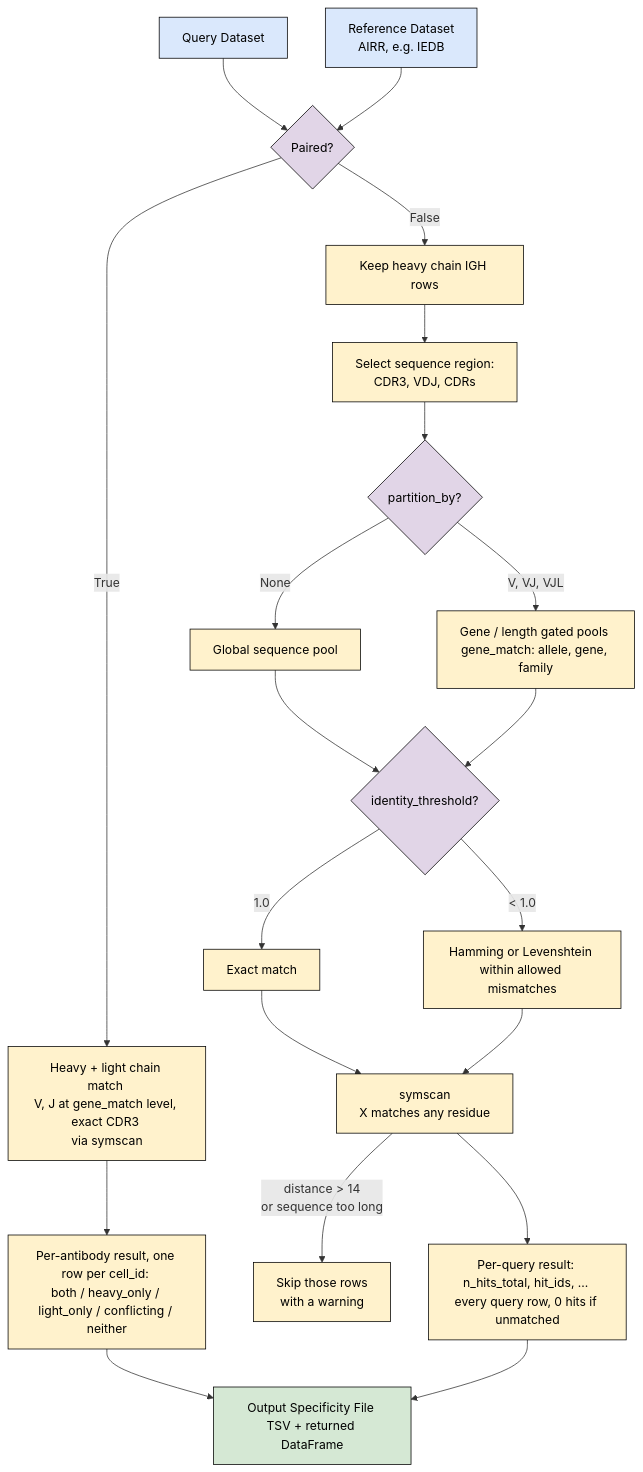
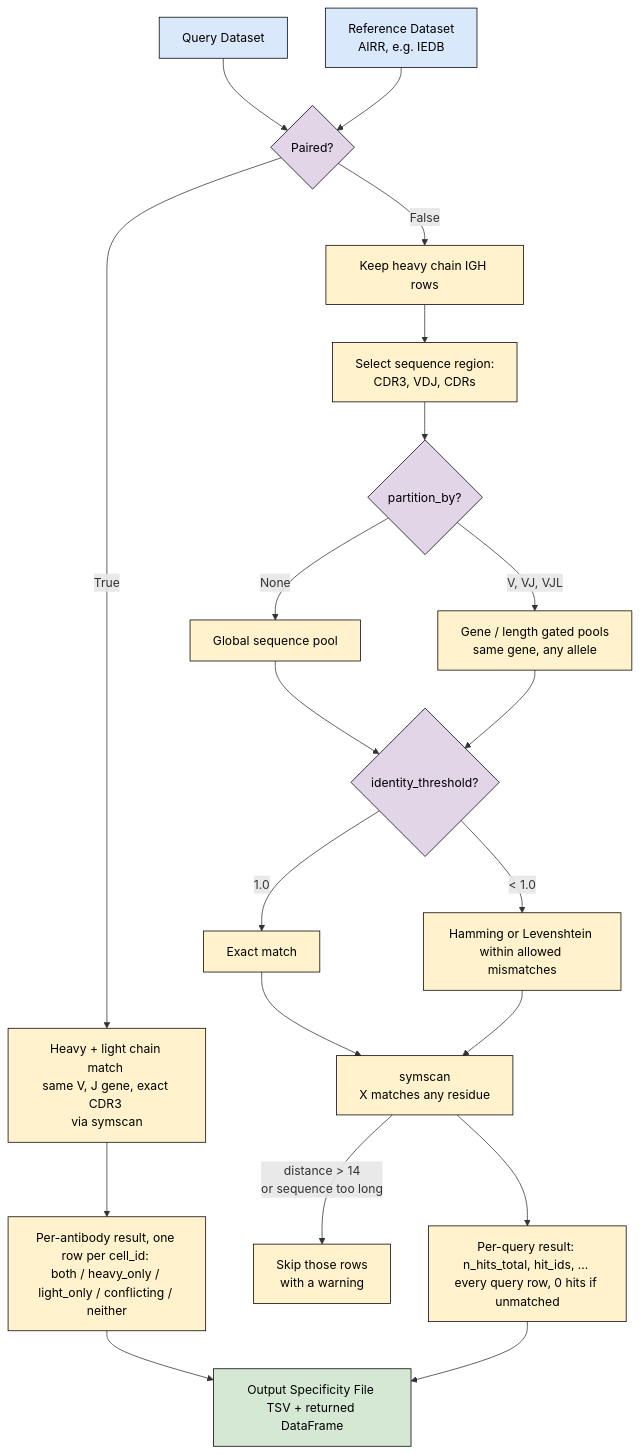
The diagram in src/immvoke/Sources/Specificity/idea.md (immcantation/immvoke), drawn with Mermaid before and after one commit. The commit also changed other lines of this file and 9 other files, not shown here.

First line of the commit message:
Compare V/J-gene calls at gene level only

````diff
--- a/src/immvoke/Sources/Specificity/idea.md
+++ b/src/immvoke/Sources/Specificity/idea.md
@@ -10,34 +10,34 @@
 ```mermaid
 graph TD
     classDef input fill:#dae8fc,stroke:#000,stroke-width:1px,color:#000;
     classDef process fill:#fff2cc,stroke:#000,stroke-width:1px,color:#000;
     classDef decision fill:#e1d5e7,stroke:#000,stroke-width:1px,color:#000;
     classDef output fill:#d5e8d4,stroke:#000,stroke-width:1px,color:#000;
 
     Q[Query Dataset]:::input --> Paired
     R[Reference Dataset <br>AIRR, e.g. IEDB]:::input --> Paired
     Paired{Paired?}:::decision
 
-    Paired -->|True| PairedRun[Heavy + light chain match <br>V, J at gene_match level, exact CDR3 <br>via symscan]:::process
+    Paired -->|True| PairedRun[Heavy + light chain match <br>same V, J gene, exact CDR3 <br>via symscan]:::process
     PairedRun --> PairedOut[Per-antibody result, one row per cell_id: <br>both / heavy_only / light_only / conflicting / neither]:::process
 
     Paired -->|False| Heavy[Keep heavy chain IGH rows]:::process
     Heavy --> Pre[Select sequence region: <br>CDR3, VDJ, CDRs]:::process
     Pre --> Part{partition_by?}:::decision
     Part -->|None| Global[Global sequence pool]:::process
-    Part -->|V, VJ, VJL| Binned[Gene / length gated pools <br>gene_match: allele, gene, family]:::process
+    Part -->|V, VJ, VJL| Binned[Gene / length gated pools <br>same gene, any allele]:::process
     Global --> Thresh{identity_threshold?}:::decision
     Binned --> Thresh
 
     Thresh -->|1.0| Exact[Exact match]:::process
     Thresh -->|< 1.0| Dist[Hamming or Levenshtein <br>within allowed mismatches]:::process
 
     Exact --> Symscan[symscan <br>X matches any residue]:::process
     Dist --> Symscan
     Symscan -->|distance > 14 <br>or sequence too long| Skip[Skip those rows <br>with a warning]:::process
 
     Symscan --> Out[Per-query result: n_hits_total, hit_ids, ... <br>every query row, 0 hits if unmatched]:::process
 
     PairedOut --> File[Output Specificity File <br>TSV + returned DataFrame]:::output
     Out --> File
 ```
````
